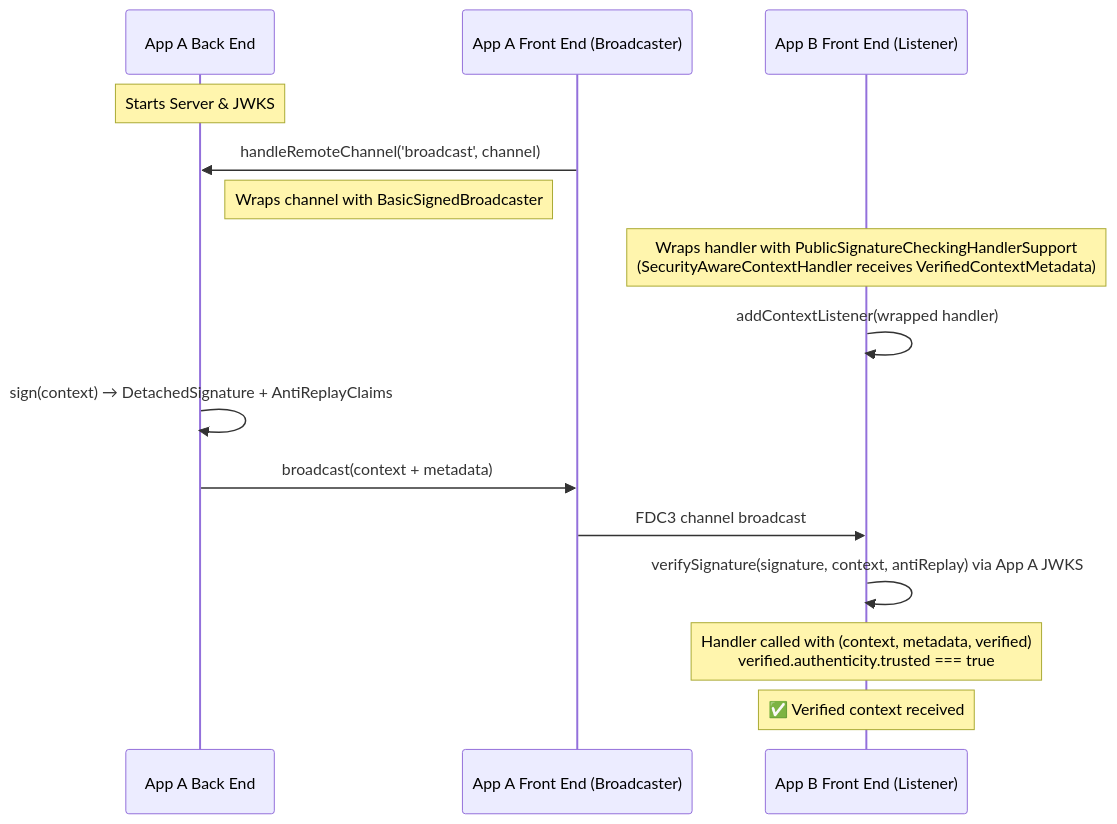
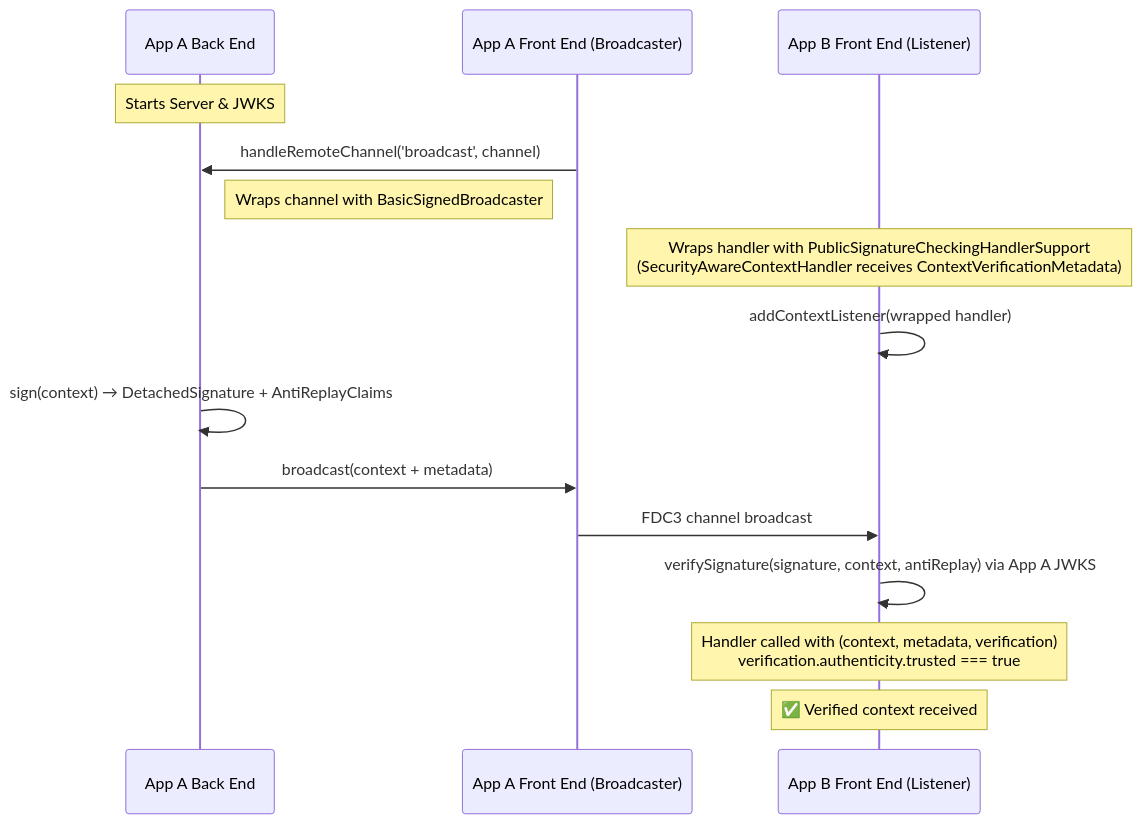
One commit to finos/FDC3 changed the third of 5 diagrams in packages/fdc3-security/samples/README.md. Above: the diagram before and after it, drawn with Mermaid. The commit also changed other lines of this file and 21 other files, not shown here.

Commit message:
Improving reader comprehension by changing VerifiedContextMetadata to ContextVerificationMetadata and adding documentation throughout fdc3-security

````diff
--- a/packages/fdc3-security/samples/README.md
+++ b/packages/fdc3-security/samples/README.md
@@ -110,21 +110,21 @@
 ```mermaid
 sequenceDiagram
     participant ABE as App A Back End
     participant AFE as App A Front End (Broadcaster)
     participant BFE as App B Front End (Listener)
 
     Note over ABE: Starts Server & JWKS
     AFE->>ABE: handleRemoteChannel('broadcast', channel)
     Note right of ABE: Wraps channel with BasicSignedBroadcaster
 
-    Note over BFE: Wraps handler with PublicSignatureCheckingHandlerSupport<br/>(SecurityAwareContextHandler receives VerifiedContextMetadata)
+    Note over BFE: Wraps handler with PublicSignatureCheckingHandlerSupport<br/>(SecurityAwareContextHandler receives ContextVerificationMetadata)
     BFE->>BFE: addContextListener(wrapped handler)
 
     ABE->>ABE: sign(context) → DetachedSignature + AntiReplayClaims
     ABE->>AFE: broadcast(context + metadata)
     AFE->>BFE: FDC3 channel broadcast
 
     BFE->>BFE: verifySignature(signature, context, antiReplay) via App A JWKS
-    Note over BFE: Handler called with (context, metadata, verified)<br/>verified.authenticity.trusted === true
+    Note over BFE: Handler called with (context, metadata, verification)<br/>verification.authenticity.trusted === true
     Note over BFE: ✅ Verified context received
 ```
````
